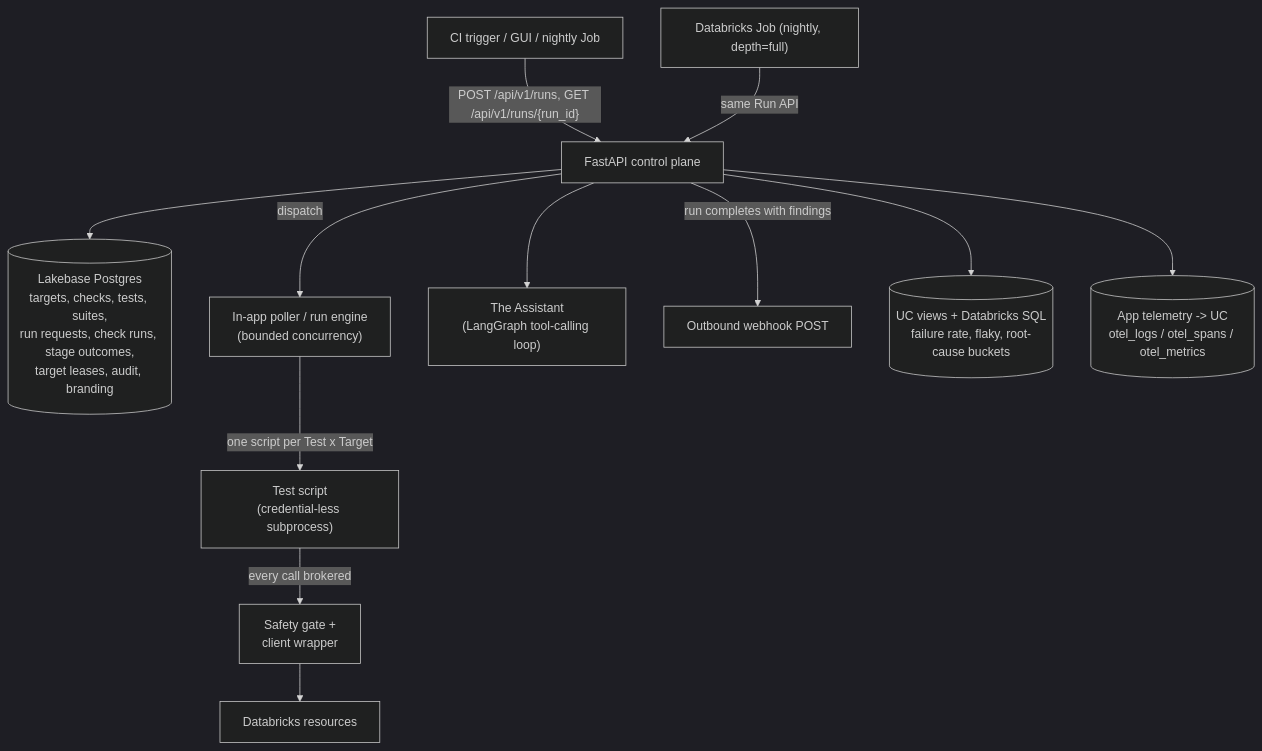
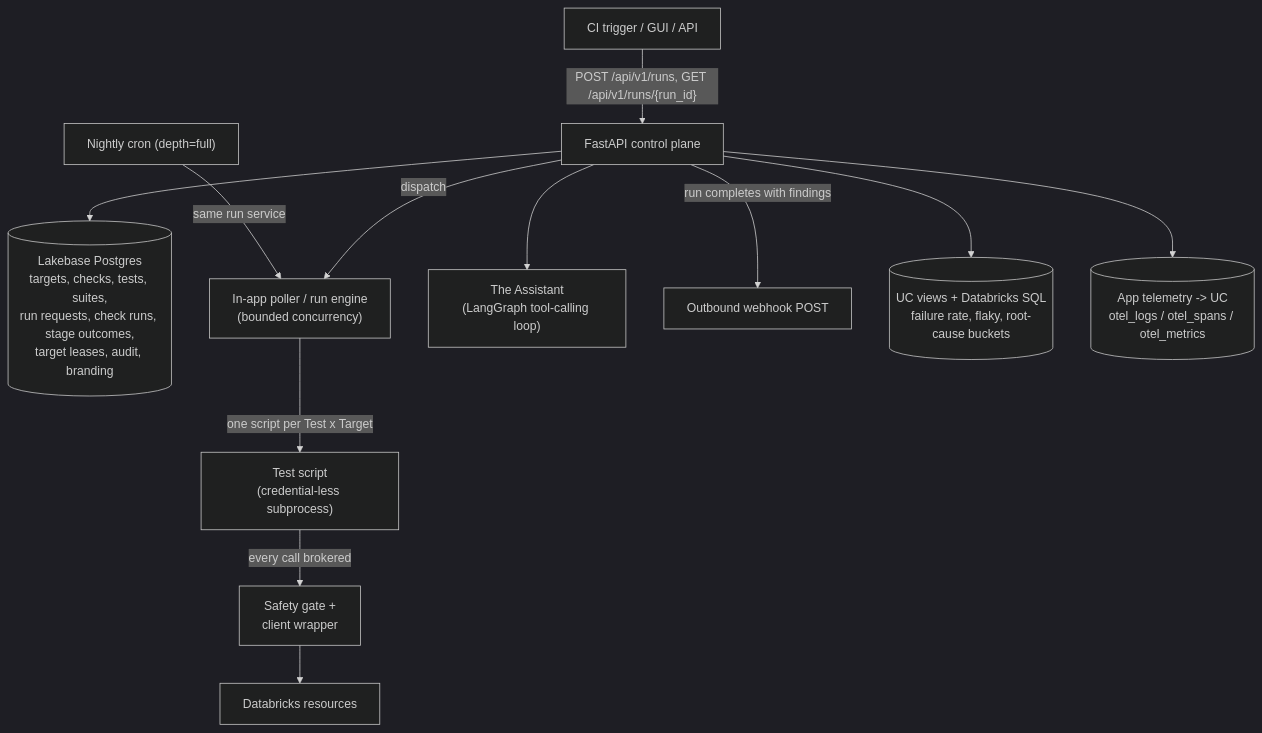
Before and after one commit to TaylorAHanson/infrastructure-test-suite: the diagram in docs/architecture.md, drawn with Mermaid (dark theme). The commit also changed other lines of this file and 12 other files, not shown here.

First line of the commit message:
Run the nightly regression in the app instead of a Databricks Job

````diff
--- a/docs/architecture.md
+++ b/docs/architecture.md
@@ -19,14 +18,14 @@
 ```mermaid
 flowchart TD
-  caller["CI trigger / GUI / nightly Job"] -->|"POST /api/v1/runs, GET /api/v1/runs/{run_id}"| api["FastAPI control plane"]
+  caller["CI trigger / GUI / API"] -->|"POST /api/v1/runs, GET /api/v1/runs/{run_id}"| api["FastAPI control plane"]
   api --> lakebase[("Lakebase Postgres\ntargets, checks, tests, suites,\nrun requests, check runs, stage outcomes,\ntarget leases, audit, branding")]
   api -->|dispatch| poller["In-app poller / run engine\n(bounded concurrency)"]
   poller -->|"one script per Test x Target"| sandbox["Test script\n(credential-less subprocess)"]
   sandbox -->|"every call brokered"| gate["Safety gate +\nclient wrapper"]
   gate --> dbx["Databricks resources"]
-  job["Databricks Job (nightly, depth=full)"] -->|same Run API| api
+  cron["Nightly cron (depth=full)"] -->|same run service| poller
   api --> assistant["The Assistant\n(LangGraph tool-calling loop)"]
   api -->|"run completes with findings"| webhook["Outbound webhook POST"]
   api --> ucviews[("UC views + Databricks SQL\nfailure rate, flaky, root-cause buckets")]
   api --> otel[("App telemetry -> UC\notel_logs / otel_spans / otel_metrics")]
 ```
````
